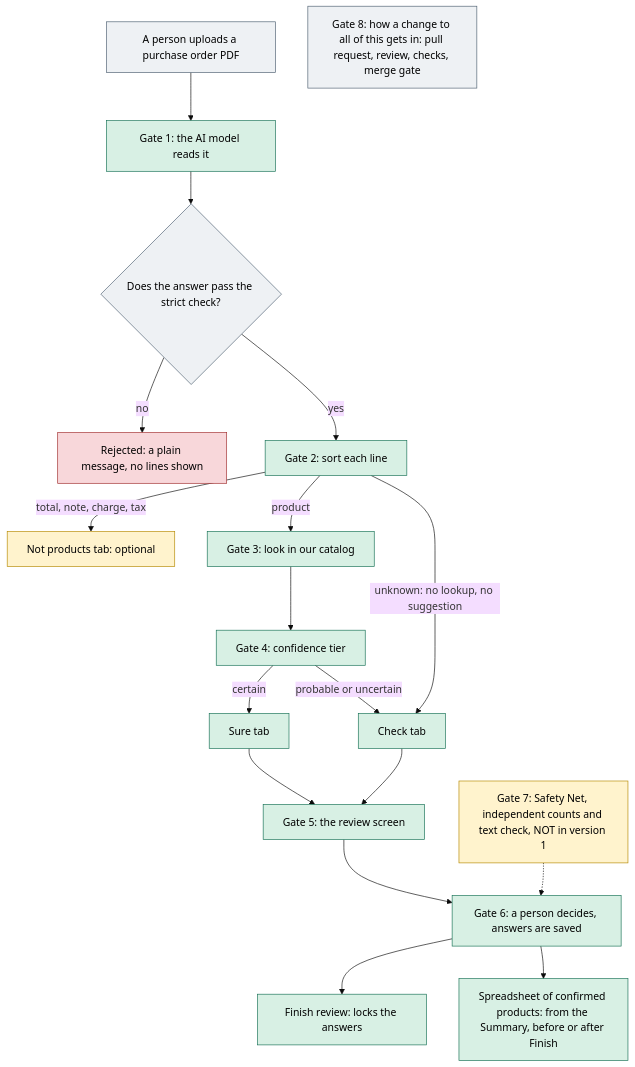
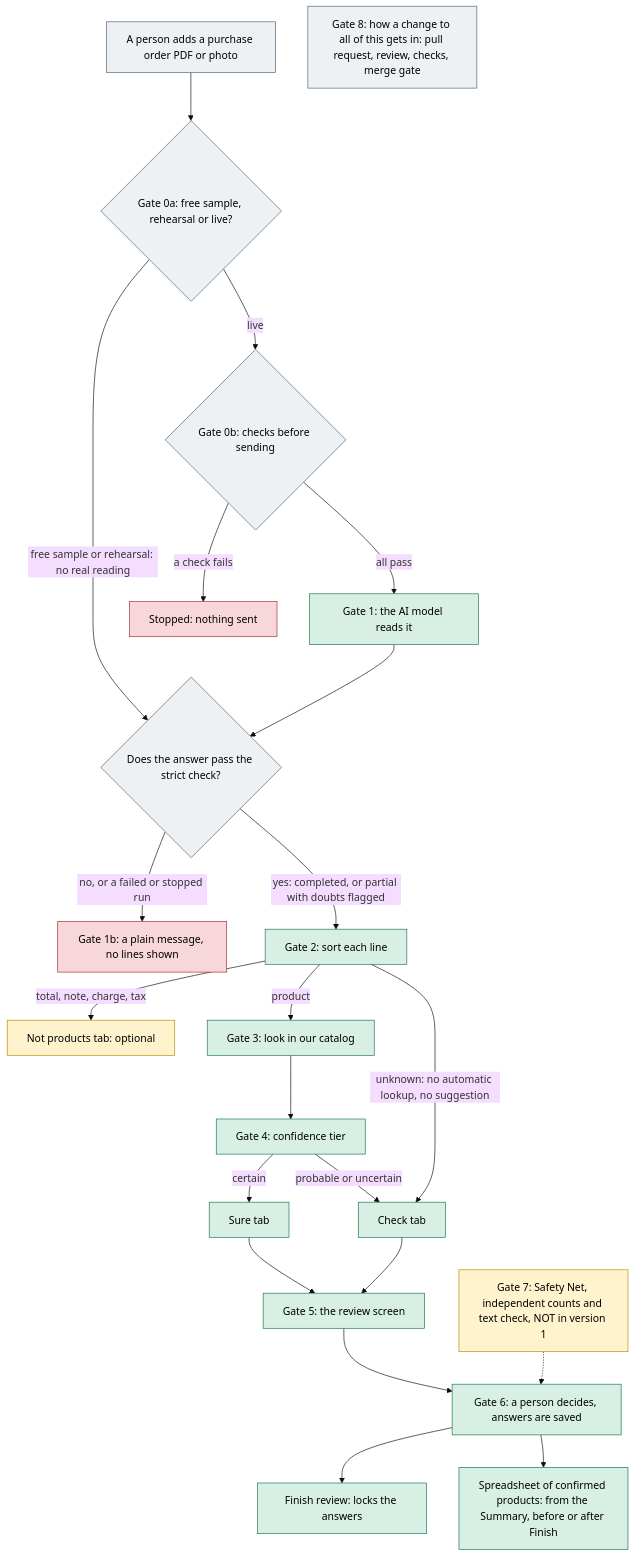
Before and after one commit to CarlitosRed/advance-po-reader: the diagram in docs/how-it-works/README.md, drawn with Mermaid (base theme). The commit also changed other lines of this file and 10 other files, not shown here.

````diff
--- a/docs/how-it-works/README.md
+++ b/docs/how-it-works/README.md
@@ -10,28 +10,32 @@
 ```mermaid
 flowchart TD
-  U["A person uploads a purchase order PDF"] --> G1["Gate 1: the AI model reads it"]
+  U["A person adds a purchase order PDF or photo"] --> M{"Gate 0a: free sample, rehearsal or live?"}
+  M -->|"free sample or rehearsal: no real reading"| V
+  M -->|"live"| PRE{"Gate 0b: checks before sending"}
+  PRE -->|"a check fails"| STOP["Stopped: nothing sent"]
+  PRE -->|"all pass"| G1["Gate 1: the AI model reads it"]
   G1 --> V{"Does the answer pass the strict check?"}
-  V -->|"no"| X["Rejected: a plain message, no lines shown"]
-  V -->|"yes"| G2["Gate 2: sort each line"]
+  V -->|"no, or a failed or stopped run"| X["Gate 1b: a plain message, no lines shown"]
+  V -->|"yes: completed, or partial with doubts flagged"| G2["Gate 2: sort each line"]
   G2 -->|"total, note, charge, tax"| NP["Not products tab: optional"]
   G2 -->|"product"| G3["Gate 3: look in our catalog"]
-  G2 -->|"unknown: no lookup, no suggestion"| CHECK
+  G2 -->|"unknown: no automatic lookup, no suggestion"| CHECK
   G3 --> G4["Gate 4: confidence tier"]
   G4 -->|"certain"| SURE["Sure tab"]
   G4 -->|"probable or uncertain"| CHECK["Check tab"]
   SURE --> G5["Gate 5: the review screen"]
   CHECK --> G5
   G5 --> G6["Gate 6: a person decides, answers are saved"]
   G6 --> FIN["Finish review: locks the answers"]
   G6 --> OUT["Spreadsheet of confirmed products: from the Summary, before or after Finish"]
   SN["Gate 7: Safety Net, independent counts and text check, NOT in version 1"] -.-> G6
   CH["Gate 8: how a change to all of this gets in: pull request, review, checks, merge gate"]
   classDef done fill:#d8f0e4,stroke:#167055,color:#000
   classDef later fill:#fff3cd,stroke:#b58900,color:#000
   classDef risk fill:#f8d7da,stroke:#a02c2c,color:#000
   classDef plain fill:#eef1f4,stroke:#4d5f70,color:#000
   class G1,G2,G3,G4,G5,G6,SURE,CHECK,FIN,OUT done
   class SN,NP later
-  class X risk
-  class U,V,CH plain
+  class X,STOP risk
+  class U,M,PRE,V,CH plain
 ```
````
